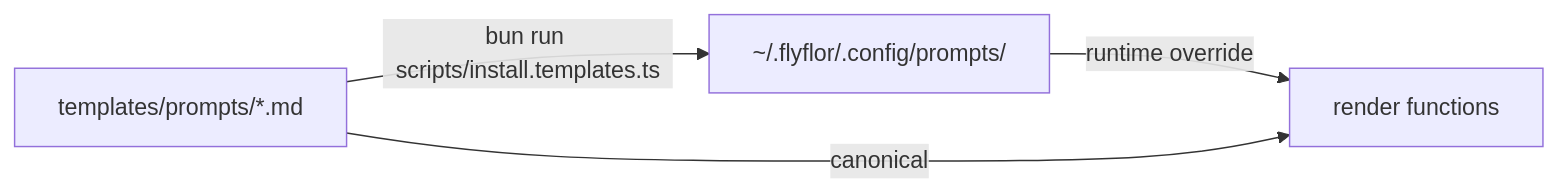
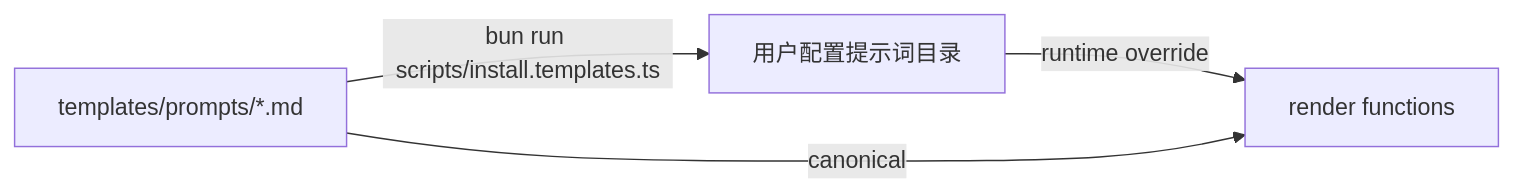
The second of 2 diagrams in README.zh.cn.md (flyflor/flyflor), drawn with Mermaid before and after one commit. The commit also changed other lines of this file and 114 other files, not shown here.

````diff
--- a/README.zh.cn.md
+++ b/README.zh.cn.md
@@ -524,6 +526,6 @@
 ```mermaid
 flowchart LR
-    Builtin["templates/prompts/*.md"] -- bun run scripts/install.templates.ts --> Userdir["~/.flyflor/.config/prompts/"]
+    Builtin["templates/prompts/*.md"] -- bun run scripts/install.templates.ts --> Userdir["用户配置提示词目录"]
     Userdir -- runtime override --> Render["render functions"]
     Builtin -- canonical --> Render
 ```
````
